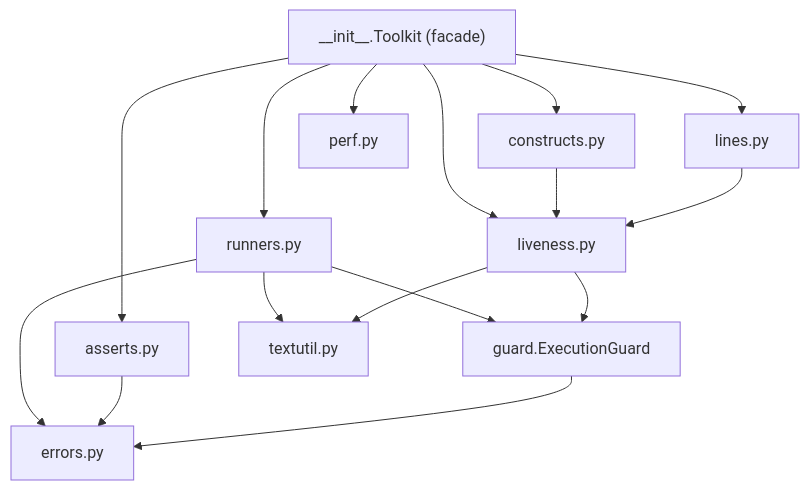
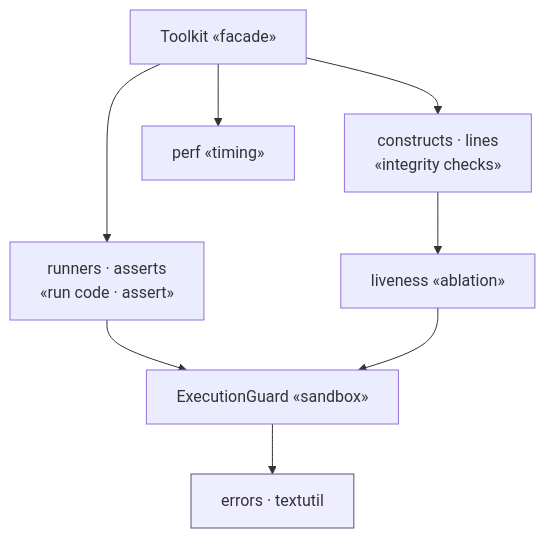
Before and after one commit to N041M/PyQuest: the first of 7 diagrams in docs/architecture/toolkit.md, drawn with Mermaid. The commit also changed other lines of this file and 5 other files, not shown here.

First line of the commit message:
Polish architecture diagrams; add puzzle-consumption view

````diff
--- a/docs/architecture/toolkit.md
+++ b/docs/architecture/toolkit.md
@@ -11,20 +11,13 @@
 ```mermaid
 flowchart TB
-    facade["__init__.Toolkit (facade)"]
-    facade --> runners
-    facade --> asserts
-    facade --> liveness
-    facade --> constructs
-    facade --> lines
-    facade --> perf
-    runners["runners.py"] --> guard
-    liveness["liveness.py"] --> guard["guard.ExecutionGuard"]
-    constructs["constructs.py"] --> liveness
-    lines["lines.py"] --> liveness
-    runners --> errors
-    asserts["asserts.py"] --> errors
-    guard --> errors["errors.py"]
-    runners --> textutil
-    liveness --> textutil["textutil.py"]
-    perf["perf.py"]
+    facade["Toolkit «facade»"]
+    facade --> ra["runners · asserts<br/>«run code · assert»"]
+    facade --> cl["constructs · lines<br/>«integrity checks»"]
+    facade --> perf["perf «timing»"]
+    cl --> liveness["liveness «ablation»"]
+    ra --> guard["ExecutionGuard «sandbox»"]
+    liveness --> guard
+    guard --> base["errors · textutil"]
+    classDef found fill:#eef,stroke:#557;
+    class base found;
 ```
````
